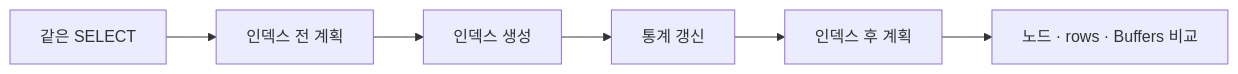
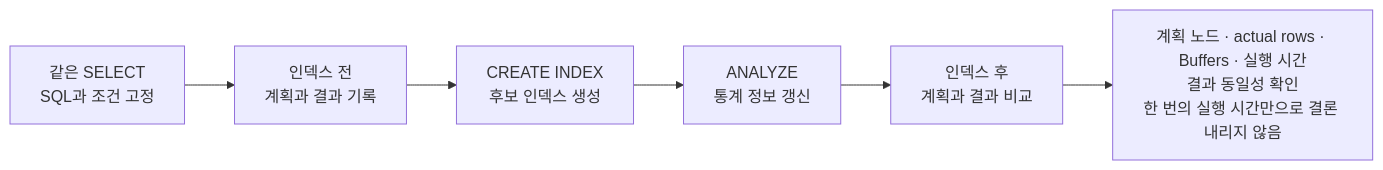
The diagram in images/chapter10/ch10_07_explain_before_after.mmd (GilbertMoon/ai-database-book), drawn with Mermaid before and after one commit.

Commit message:
Sync Mermaid source for Chapter 10 EXPLAIN comparison

```diff
--- a/images/chapter10/ch10_07_explain_before_after.mmd
+++ b/images/chapter10/ch10_07_explain_before_after.mmd
@@ -1,6 +1,6 @@
 flowchart LR
-    A[같은 SELECT] --> B[인덱스 전 계획]
-    B --> C[인덱스 생성]
-    C --> D[통계 갱신]
-    D --> E[인덱스 후 계획]
-    E --> F[노드 · rows · Buffers 비교]
+    A["같은 SELECT<br/>SQL과 조건 고정"] --> B["인덱스 전<br/>계획과 결과 기록"]
+    B --> C["CREATE INDEX<br/>후보 인덱스 생성"]
+    C --> D["ANALYZE<br/>통계 정보 갱신"]
+    D --> E["인덱스 후<br/>계획과 결과 비교"]
+    E --> F["계획 노드 · actual rows · Buffers · 실행 시간<br/>결과 동일성 확인<br/>한 번의 실행 시간만으로 결론 내리지 않음"]
```
